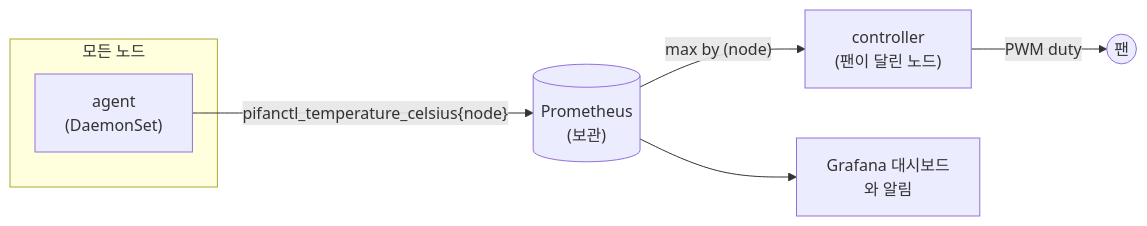
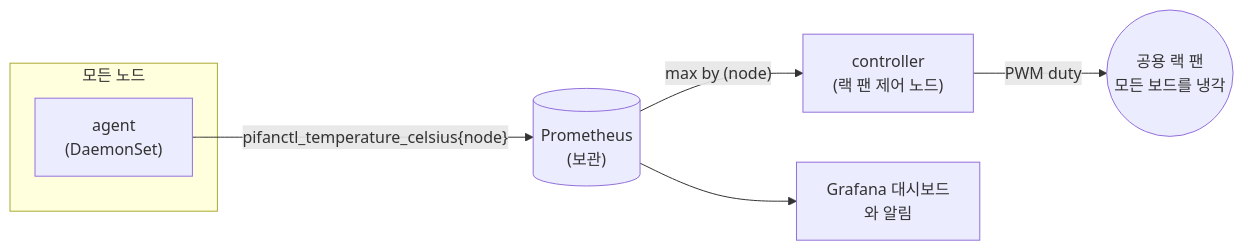
One commit to jyje/pifanctl changed the diagram in README-ko.md. Above: the diagram before and after it, drawn with Mermaid. The commit also changed other lines of this file and 6 other files, not shown here.

````diff
--- a/README-ko.md
+++ b/README-ko.md
@@ -26,10 +27,10 @@
 ```mermaid
 flowchart LR
   subgraph nodes["모든 노드"]
     A1["agent<br/>(DaemonSet)"]
   end
   A1 -- "pifanctl_temperature_celsius{node}" --> P[("Prometheus<br/>(보관)")]
-  P -- "max by (node)" --> C["controller<br/>(팬이 달린 노드)"]
-  C -- "PWM duty" --> F(("팬"))
+  P -- "max by (node)" --> C["controller<br/>(랙 팬 제어 노드)"]
+  C -- "PWM duty" --> F(("공용 랙 팬<br/>모든 보드를 냉각"))
   P --> G["Grafana 대시보드<br/>와 알림"]
 ```
````
